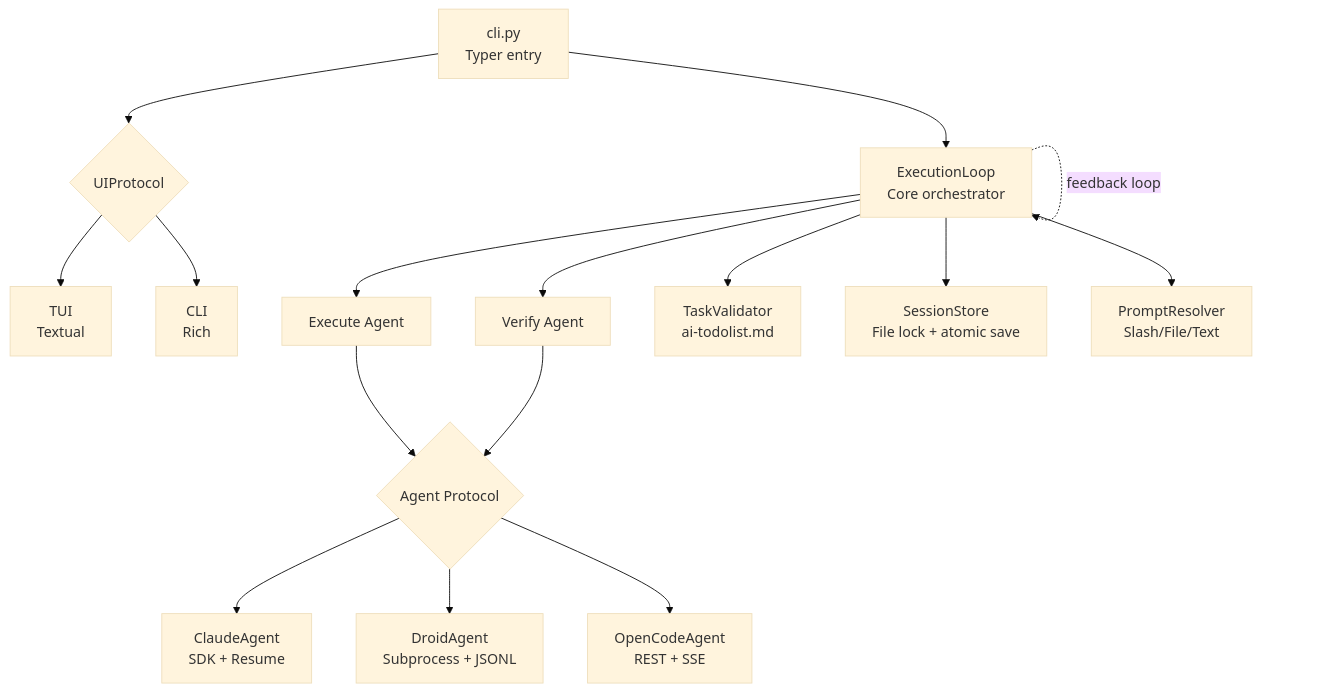
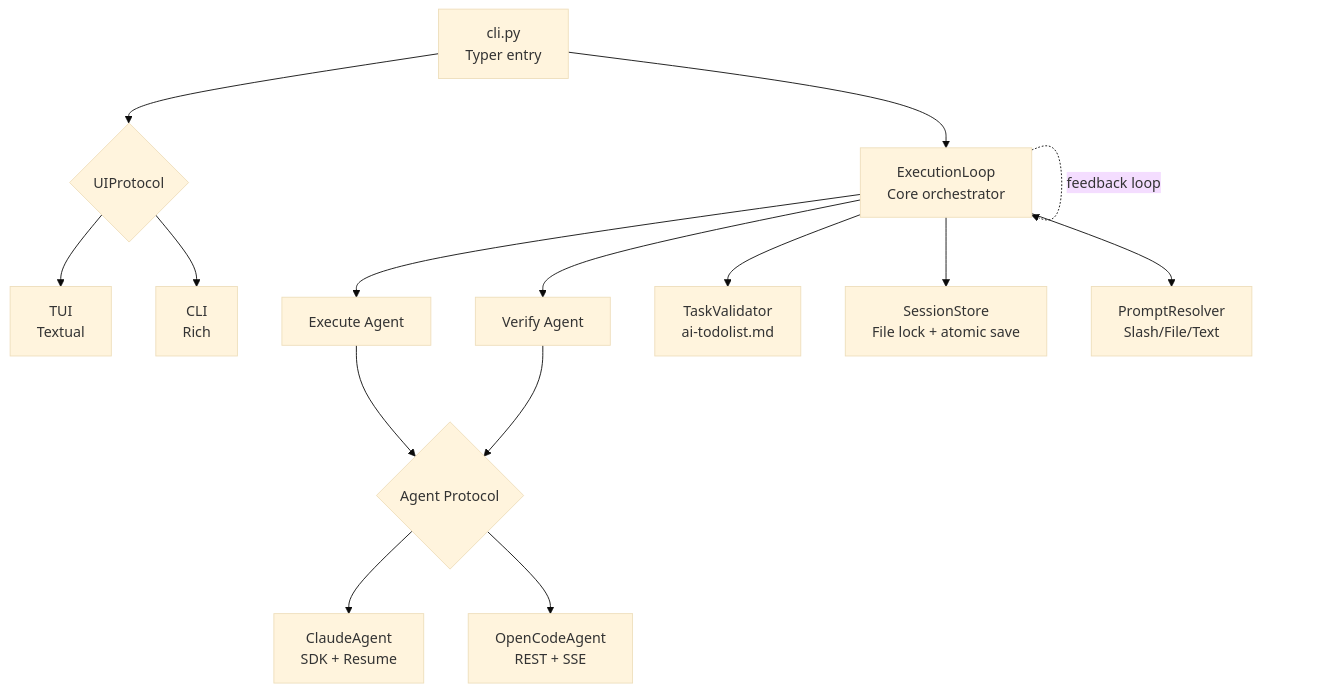
The first of 2 diagrams in AGENTS.md (code-yeongyu/sisyphus-private), drawn with Mermaid (base theme) before and after one commit. The commit also changed other lines of this file and 10 other files, not shown here.

First line of the commit message:
Remove DroidAgent support

````diff
--- a/AGENTS.md
+++ b/AGENTS.md
@@ -28,23 +28,22 @@
 ```mermaid
 graph TB
     CLI[cli.py<br/>Typer entry] --> UI{UIProtocol}
     CLI --> EL[ExecutionLoop<br/>Core orchestrator]
 
     UI --> TUI[TUI<br/>Textual]
     UI --> CLIU[CLI<br/>Rich]
 
     EL --> EA[Execute Agent]
     EL --> VA[Verify Agent]
     EL --> TV[TaskValidator<br/>ai-todolist.md]
     EL --> SS[SessionStore<br/>File lock + atomic save]
     EL --> PR[PromptResolver<br/>Slash/File/Text]
 
     EA --> AP{Agent Protocol}
     VA --> AP
 
     AP --> CA[ClaudeAgent<br/>SDK + Resume]
-    AP --> DA[DroidAgent<br/>Subprocess + JSONL]
     AP --> OA[OpenCodeAgent<br/>REST + SSE]
 
     EL -.->|feedback loop| EL
 ```
````
